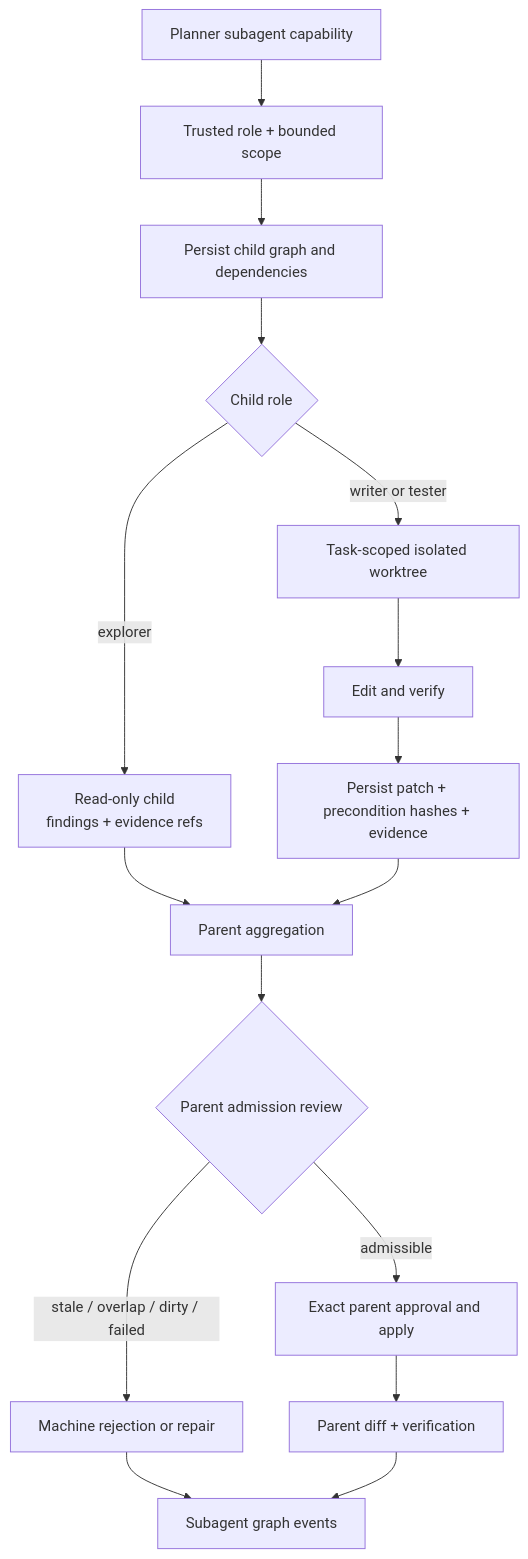
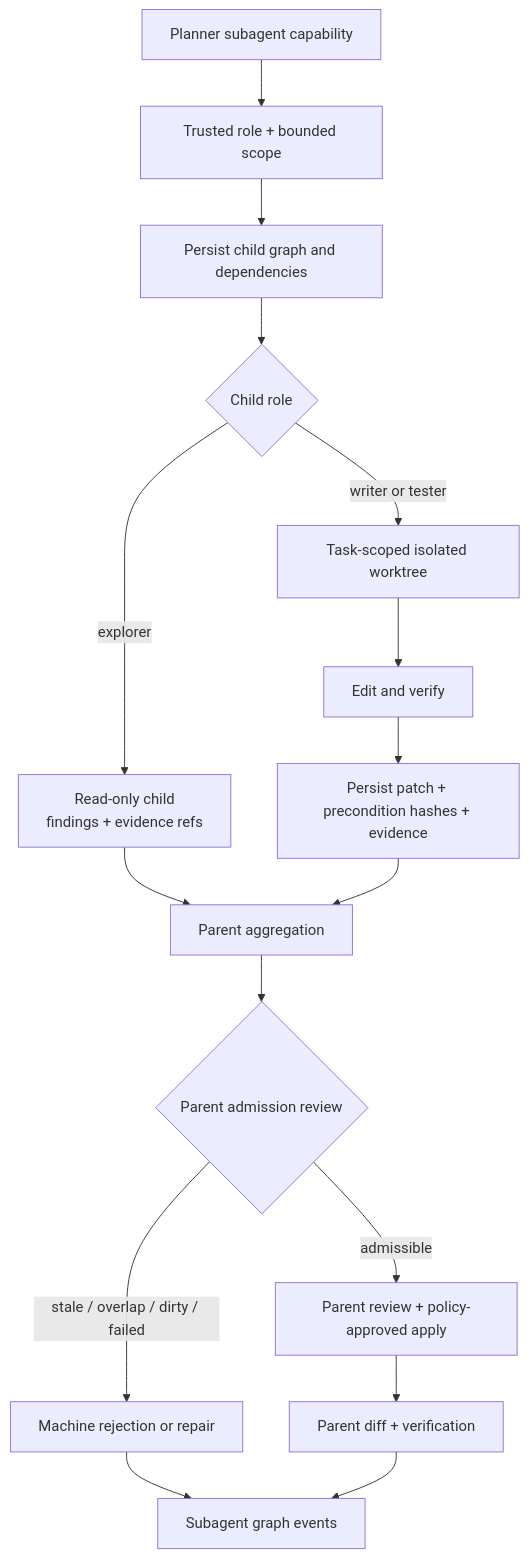
One commit to MatrixCoreX/RustClaw changed the second of 3 diagrams in docs/architecture/04-coding-observability.md. Above: the diagram before and after it, drawn with Mermaid. The commit also changed other lines of this file and 17 other files, not shown here.

Commit message:
docs: synchronize architecture learning guide

````diff
--- a/docs/architecture/04-coding-observability.md
+++ b/docs/architecture/04-coding-observability.md
@@ -39,18 +42,18 @@
 ```mermaid
 flowchart TD
     A[Planner subagent capability] --> B[Trusted role + bounded scope]
     B --> C[Persist child graph and dependencies]
     C --> D{Child role}
     D -->|explorer| E[Read-only child<br/>findings + evidence refs]
     D -->|writer or tester| F[Task-scoped isolated worktree]
     F --> G[Edit and verify]
     G --> H[Persist patch + precondition hashes + evidence]
     E --> I[Parent aggregation]
     H --> I
     I --> J{Parent admission review}
     J -->|stale / overlap / dirty / failed| K[Machine rejection or repair]
-    J -->|admissible| L[Exact parent approval and apply]
+    J -->|admissible| L[Parent review + policy-approved apply]
     L --> M[Parent diff + verification]
     K --> N[Subagent graph events]
     M --> N
 ```
````
